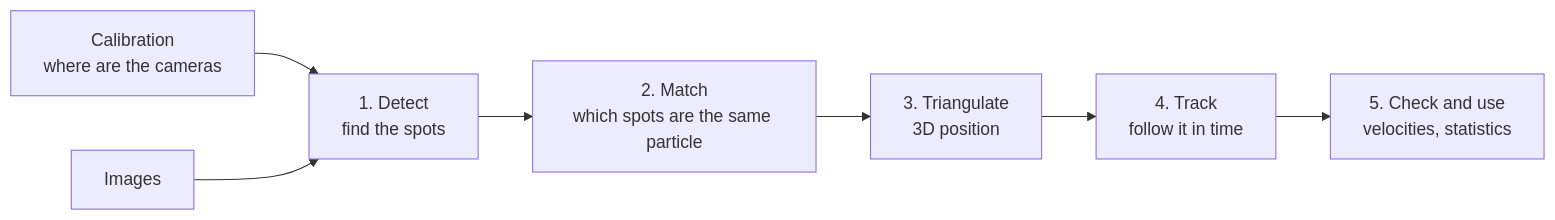
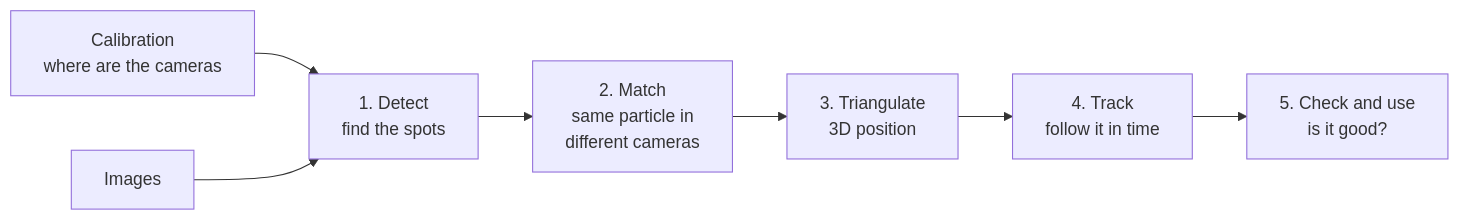
One commit to alexlib/openptv2 changed the diagram in docs/course/index.md. Above: the diagram before and after it, drawn with Mermaid. The commit also changed other lines of this file and 20 other files, not shown here.

Commit message:
Docs: course pages 4-7 (detect, match, track, check), simpler English, GUI snapshots, one-sidebar layout, end-to-end tested pages

````diff
--- a/docs/course/index.md
+++ b/docs/course/index.md
@@ -14,9 +15,9 @@
 ```mermaid
 flowchart LR
     A[Calibration<br/>where are the cameras] --> C
     B[Images] --> C[1. Detect<br/>find the spots]
-    C --> D[2. Match<br/>which spots are the same particle]
+    C --> D[2. Match<br/>same particle in<br/>different cameras]
     D --> E[3. Triangulate<br/>3D position]
     E --> F[4. Track<br/>follow it in time]
-    F --> G[5. Check and use<br/>velocities, statistics]
+    F --> G[5. Check and use<br/>is it good?]
 ```
````
